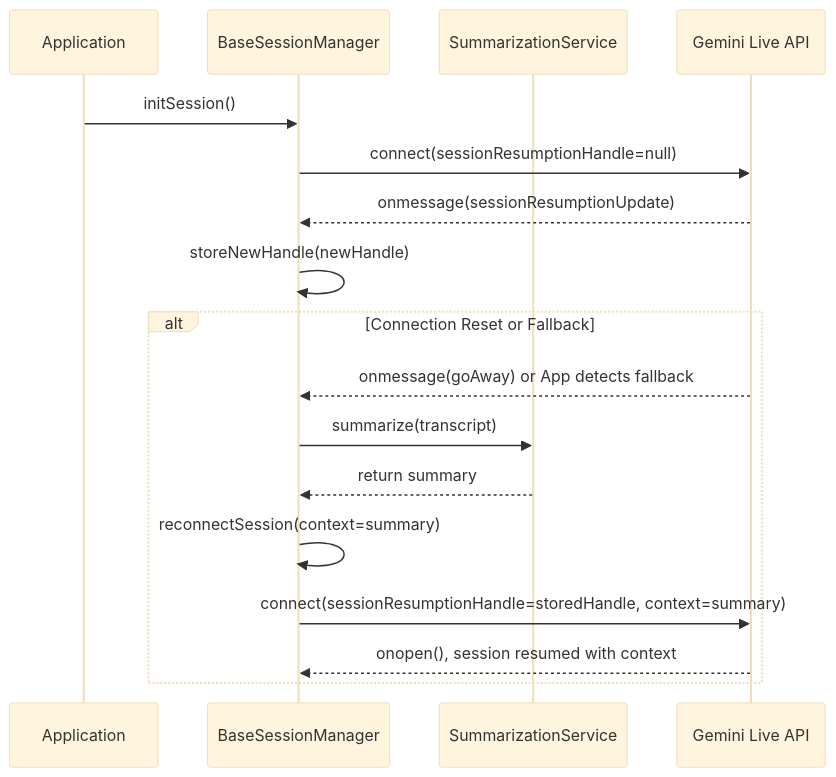
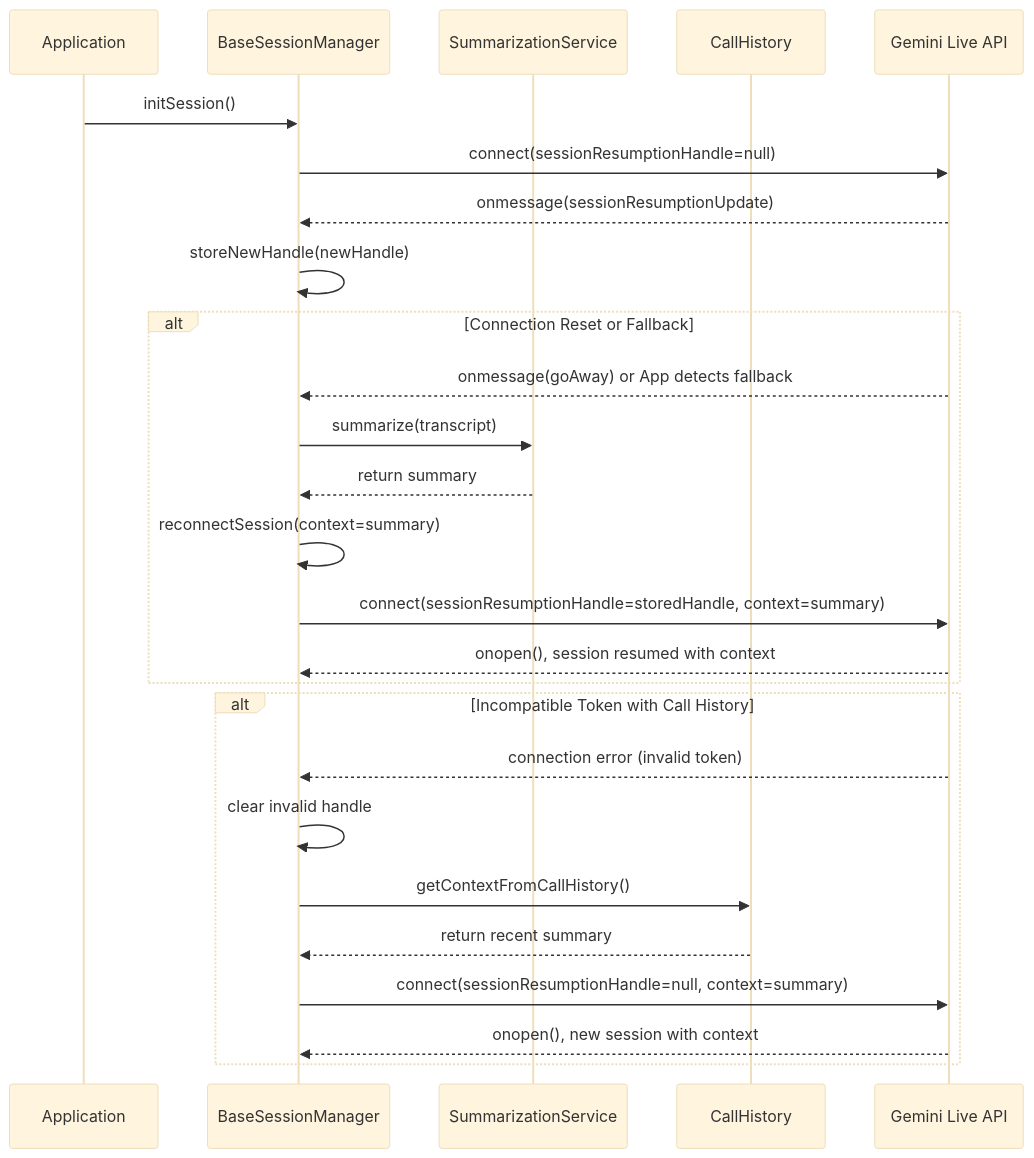
One commit to gemini-chan/gemini-chan.github.io changed the diagram in docs/specs/gemini-live-api-session-management/design.md. Above: the diagram before and after it, drawn with Mermaid (base theme). The commit also changed other lines of this file and 3 other files, not shown here.

````diff
--- a/docs/specs/gemini-live-api-session-management/design.md
+++ b/docs/specs/gemini-live-api-session-management/design.md
@@ -17,21 +17,31 @@
 ```mermaid
 sequenceDiagram
     participant App as Application
     participant BSM as BaseSessionManager
     participant SS as SummarizationService
+    participant CH as CallHistory
     participant GLA as Gemini Live API
 
     App->>BSM: initSession()
     BSM->>GLA: connect(sessionResumptionHandle=null)
     GLA-->>BSM: onmessage(sessionResumptionUpdate)
     BSM->>BSM: storeNewHandle(newHandle)
     
     alt Connection Reset or Fallback
         GLA-->>BSM: onmessage(goAway) or App detects fallback
         BSM->>SS: summarize(transcript)
         SS-->>BSM: return summary
         BSM->>BSM: reconnectSession(context=summary)
         BSM->>GLA: connect(sessionResumptionHandle=storedHandle, context=summary)
         GLA-->>BSM: onopen(), session resumed with context
     end
+    
+    alt Incompatible Token with Call History
+        GLA-->>BSM: connection error (invalid token)
+        BSM->>BSM: clear invalid handle
+        BSM->>CH: getContextFromCallHistory()
+        CH-->>BSM: return recent summary
+        BSM->>GLA: connect(sessionResumptionHandle=null, context=summary)
+        GLA-->>BSM: onopen(), new session with context
+    end
 ```
````
